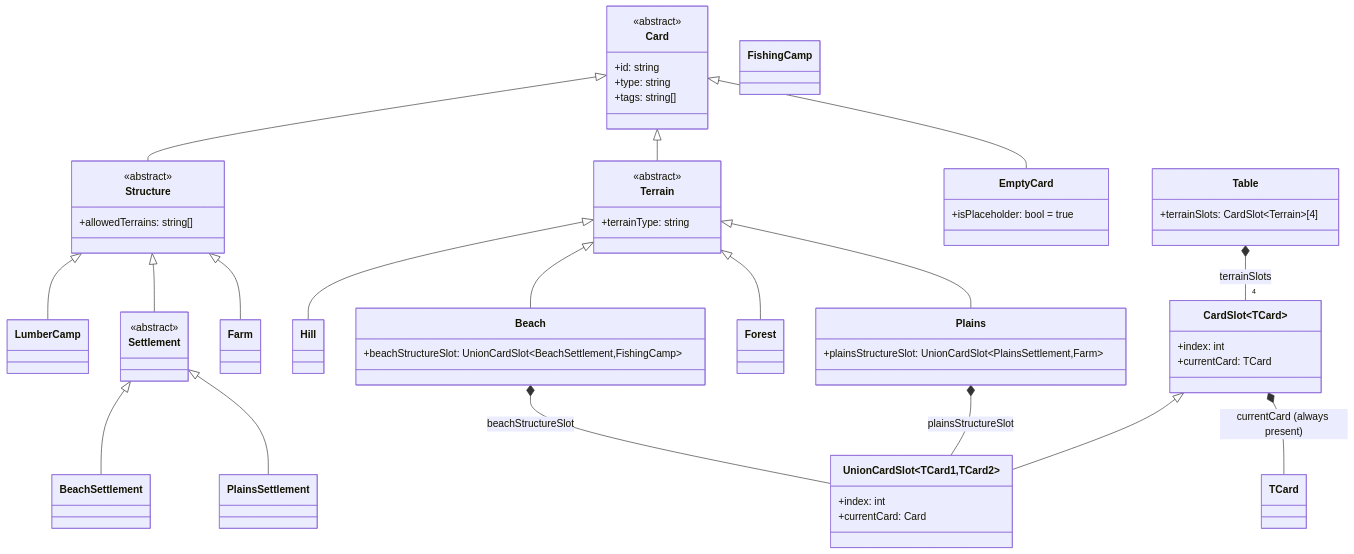
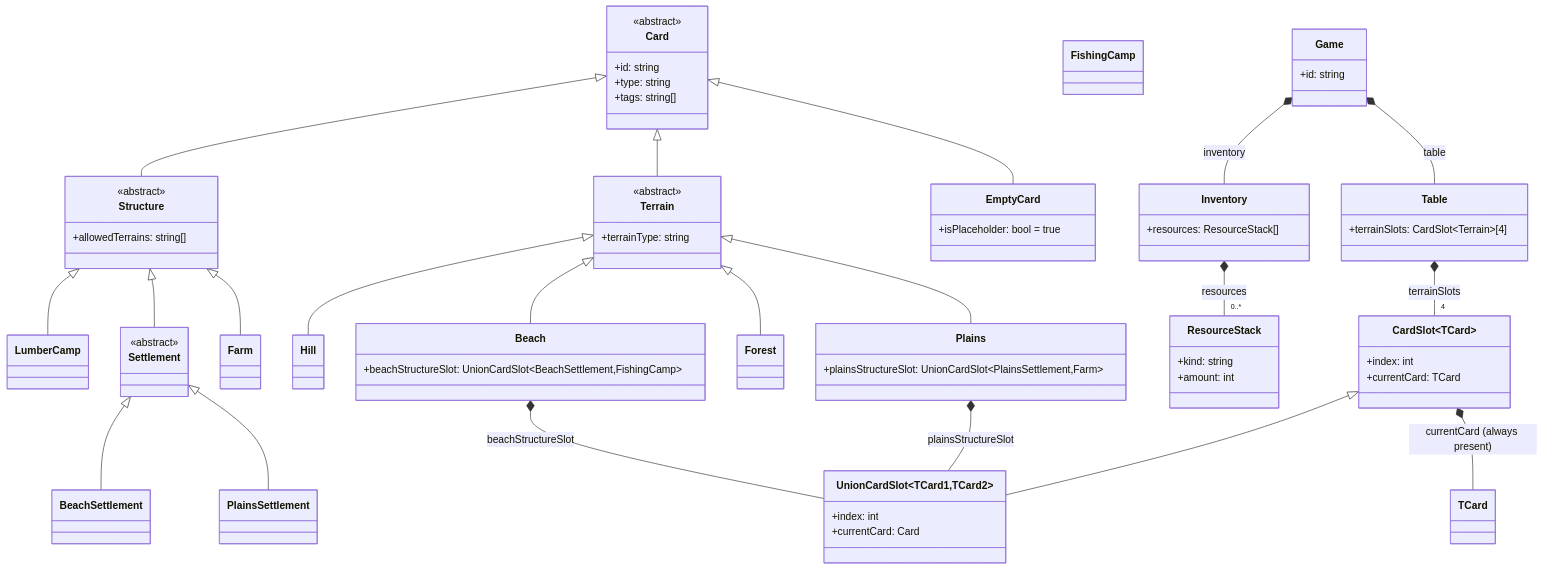
Before and after one commit to AJosephsen/gfxer: the first of 2 diagrams in StrategyGame/data-structure.md, drawn with Mermaid. The commit also changed other lines of this file, not shown here.

Commit message:
docs: add game aggregate with generic inventory resources

````diff
--- a/StrategyGame/data-structure.md
+++ b/StrategyGame/data-structure.md
@@ -69,6 +69,19 @@
         +terrainSlots: CardSlot~Terrain~[4]
     }
 
+    class Inventory {
+        +resources: ResourceStack[]
+    }
+
+    class ResourceStack {
+        +kind: string
+        +amount: int
+    }
+
+    class Game {
+        +id: string
+    }
+
     Card <|-- EmptyCard
     Card <|-- Terrain
     Card <|-- Structure
@@ -86,4 +99,7 @@
     Plains *-- UnionCardSlot~PlainsSettlement,Farm~ : plainsStructureSlot
     Beach *-- UnionCardSlot~BeachSettlement,FishingCamp~ : beachStructureSlot
     Table *-- "4" CardSlot~Terrain~ : terrainSlots
+    Inventory *-- "0..*" ResourceStack : resources
+    Game *-- Table : table
+    Game *-- Inventory : inventory
 ```
````
